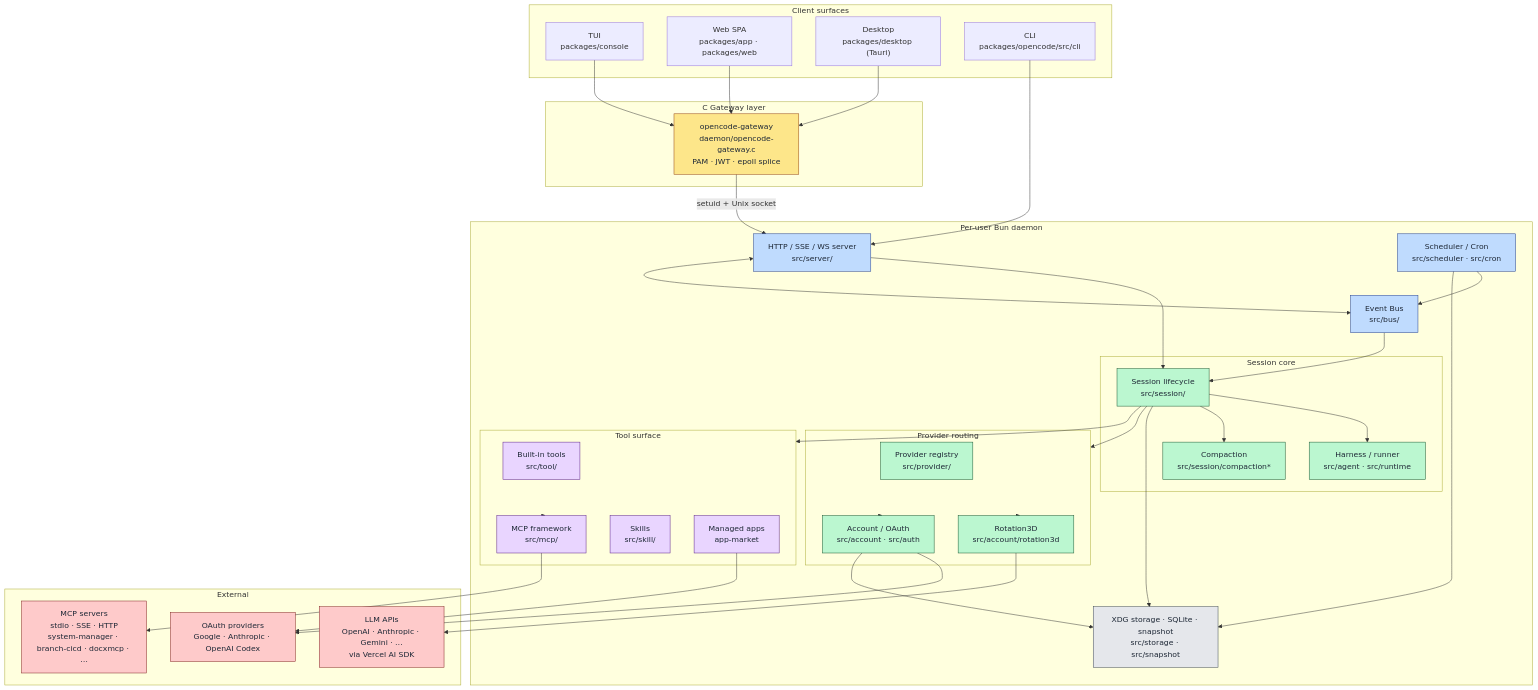
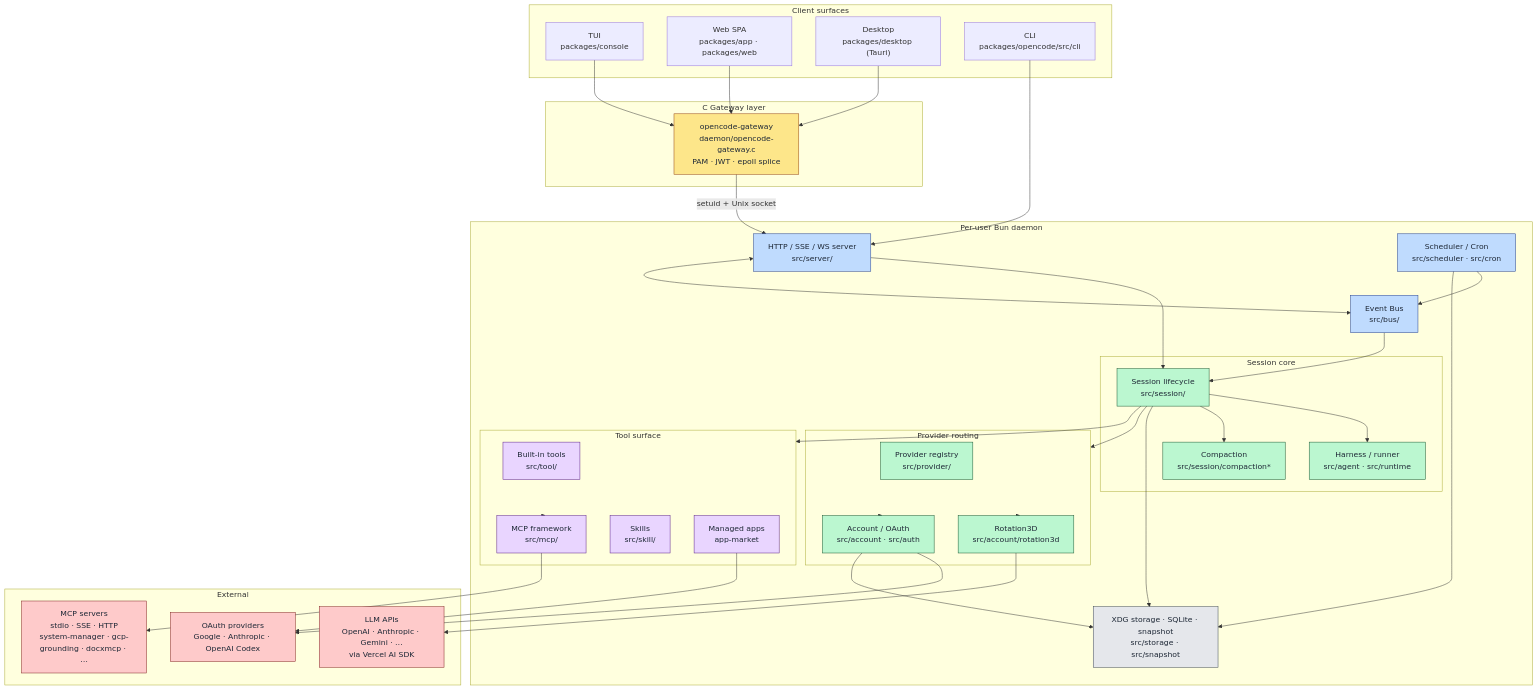
The first of 3 diagrams in specs/architecture.md (Raw1mage/opencms), drawn with Mermaid before and after one commit. The commit also changed other lines of this file and 19 other files, not shown here.

First line of the commit message:
chore(mcp): remove retired refacting-merger and branch-cicd servers

```diff
--- a/specs/architecture.md
+++ b/specs/architecture.md
@@ -63,7 +63,7 @@
 
     subgraph EXT[External]
         LLM["LLM APIs<br/>OpenAI · Anthropic · Gemini · …<br/>via Vercel AI SDK"]
-        MCPSV["MCP servers<br/>stdio · SSE · HTTP<br/>system-manager · branch-cicd · docxmcp · …"]
+        MCPSV["MCP servers<br/>stdio · SSE · HTTP<br/>system-manager · gcp-grounding · docxmcp · …"]
         OAUTH["OAuth providers<br/>Google · Anthropic · OpenAI Codex"]
     end
 
```
